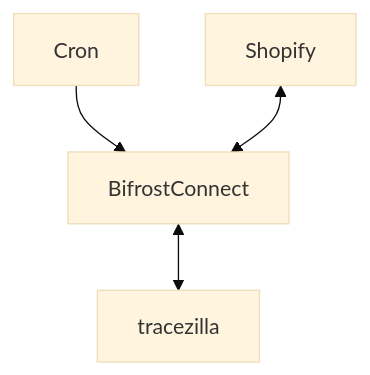
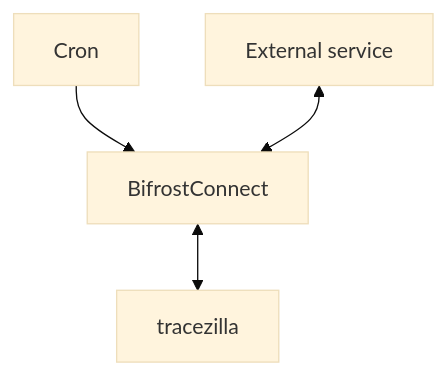
The diagram in deployment.md (Happy-Bananas/tracezilla-integrations-docs), drawn with Mermaid (base theme) before and after one commit. The commit also changed other lines of this file and 35 other files, not shown here.

```diff
--- a/deployment.md
+++ b/deployment.md
@@ -21,11 +21,11 @@
 <pre class="mermaid">
 flowchart TB
     Cron[Cron]
-    Shopify[Shopify]
+    Service[External service]
     Integration[BifrostConnect]
     Tracezilla[tracezilla]
 
     Cron --> Integration
-    Shopify <--> Integration
+    Service <--> Integration
     Integration <--> Tracezilla
 </pre>
```
